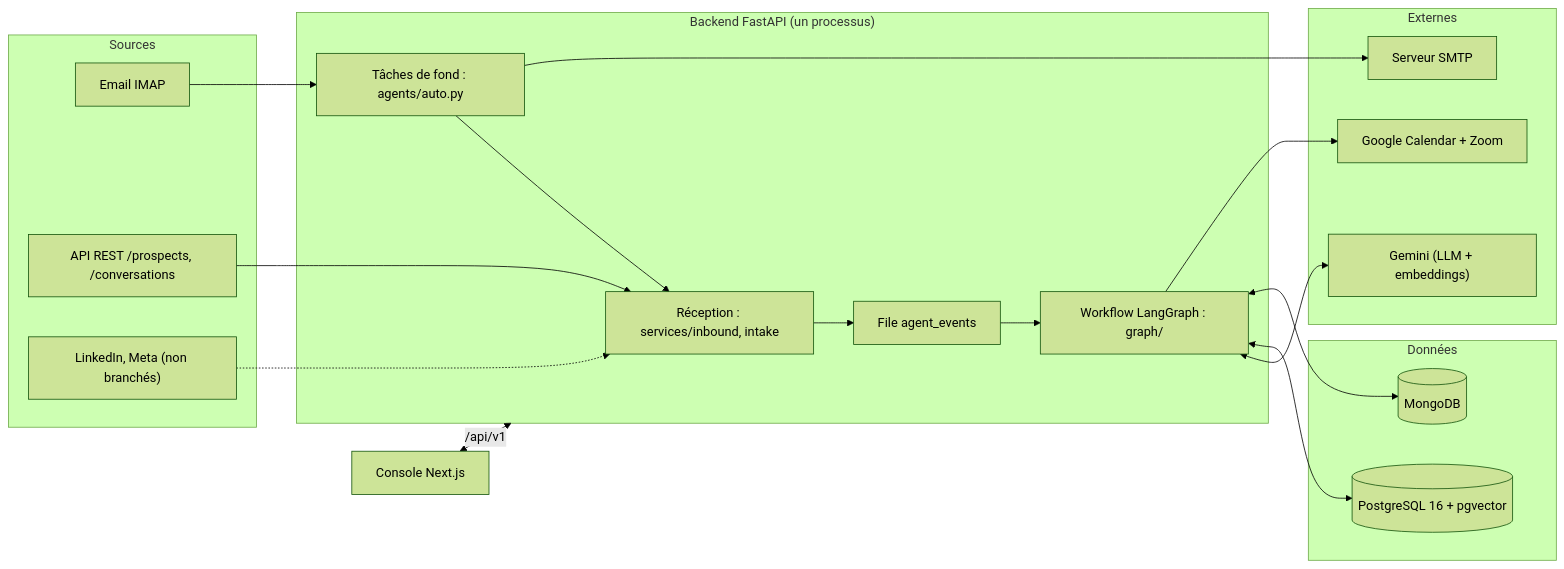
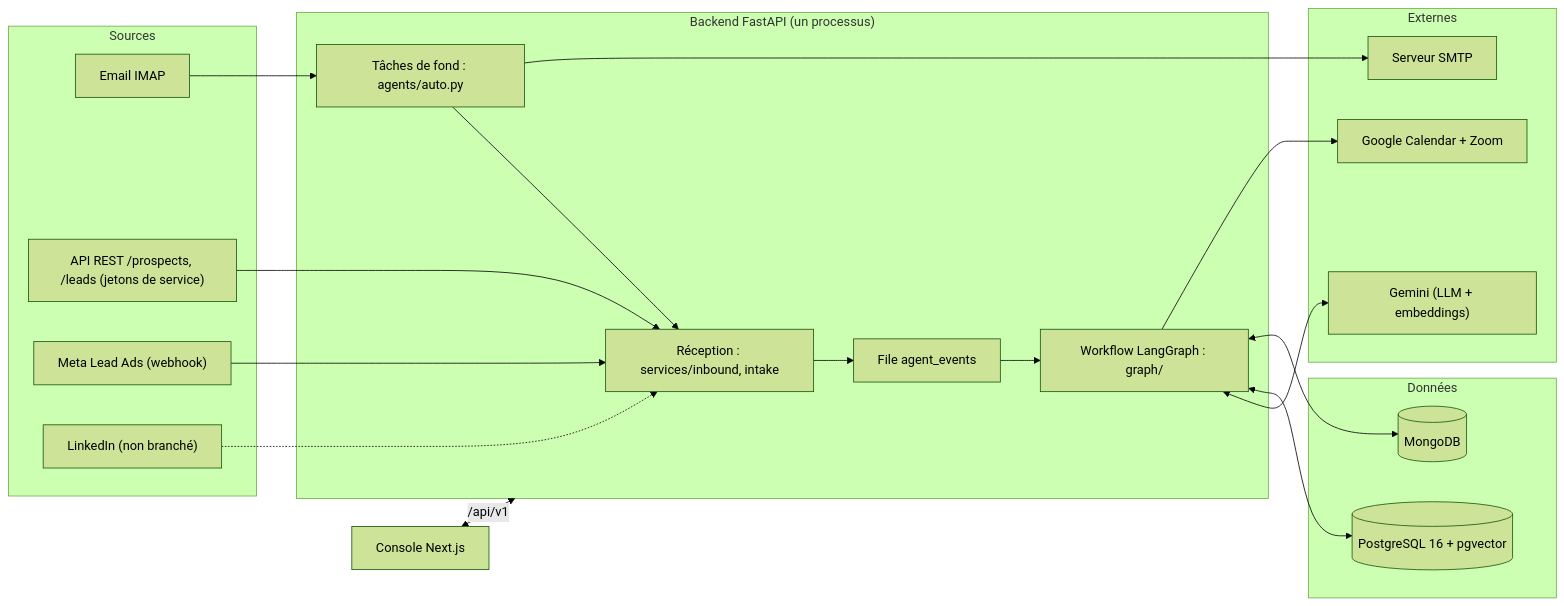
Before and after one commit to Anjara7697/iagora: the diagram in docs/architecture.md, drawn with Mermaid (forest theme). The commit also changed other lines of this file and 2 other files, not shown here.

First line of the commit message:
docs: architecture, passation et limites mises à jour (découverte §10, lot 11)

````diff
--- a/docs/architecture.md
+++ b/docs/architecture.md
@@ -12,34 +12,36 @@
 ```mermaid
 flowchart LR
   subgraph Sources
     E["Email IMAP"]
-    F["API REST /prospects, /conversations"]
-    L["LinkedIn, Meta (non branchés)"]
+    F["API REST /prospects, /leads (jetons de service)"]
+    M["Meta Lead Ads (webhook)"]
+    L["LinkedIn (non branché)"]
   end
   subgraph Backend["Backend FastAPI (un processus)"]
     R["Réception : services/inbound, intake"]
     Q["File agent_events"]
     G["Workflow LangGraph : graph/"]
     W["Tâches de fond : agents/auto.py"]
   end
   subgraph Données
     PG[("PostgreSQL 16 + pgvector")]
     MG[("MongoDB")]
   end
   subgraph Externes
     LLM["Gemini (LLM + embeddings)"]
     CAL["Google Calendar + Zoom"]
     SMTP["Serveur SMTP"]
   end
   UI["Console Next.js"]
   E --> W --> R
   F --> R
+  M --> R
   L -.-> R
   R --> Q --> G
   G <--> LLM
   G <--> PG
   G <--> MG
   G --> CAL
   W --> SMTP
   UI <-->|/api/v1| Backend
 ```
````
